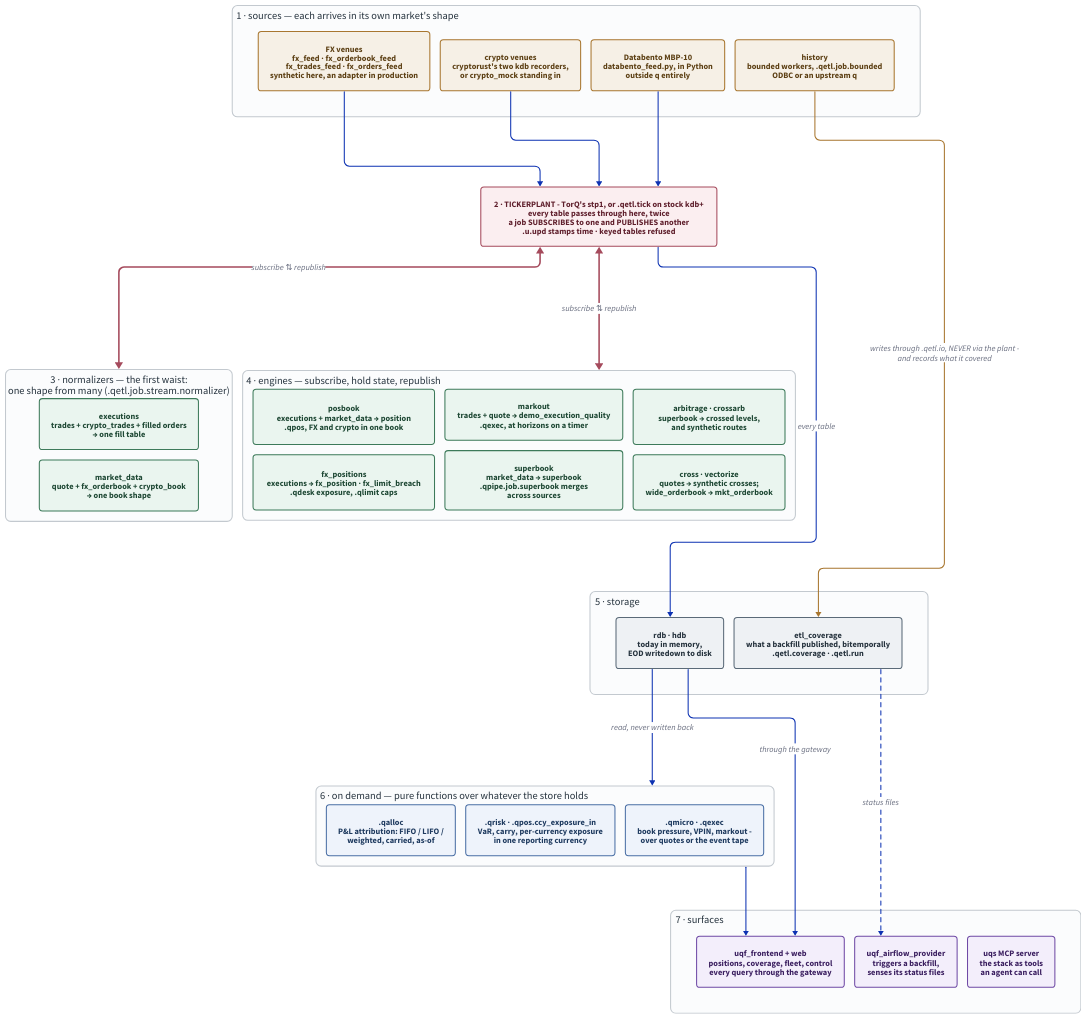
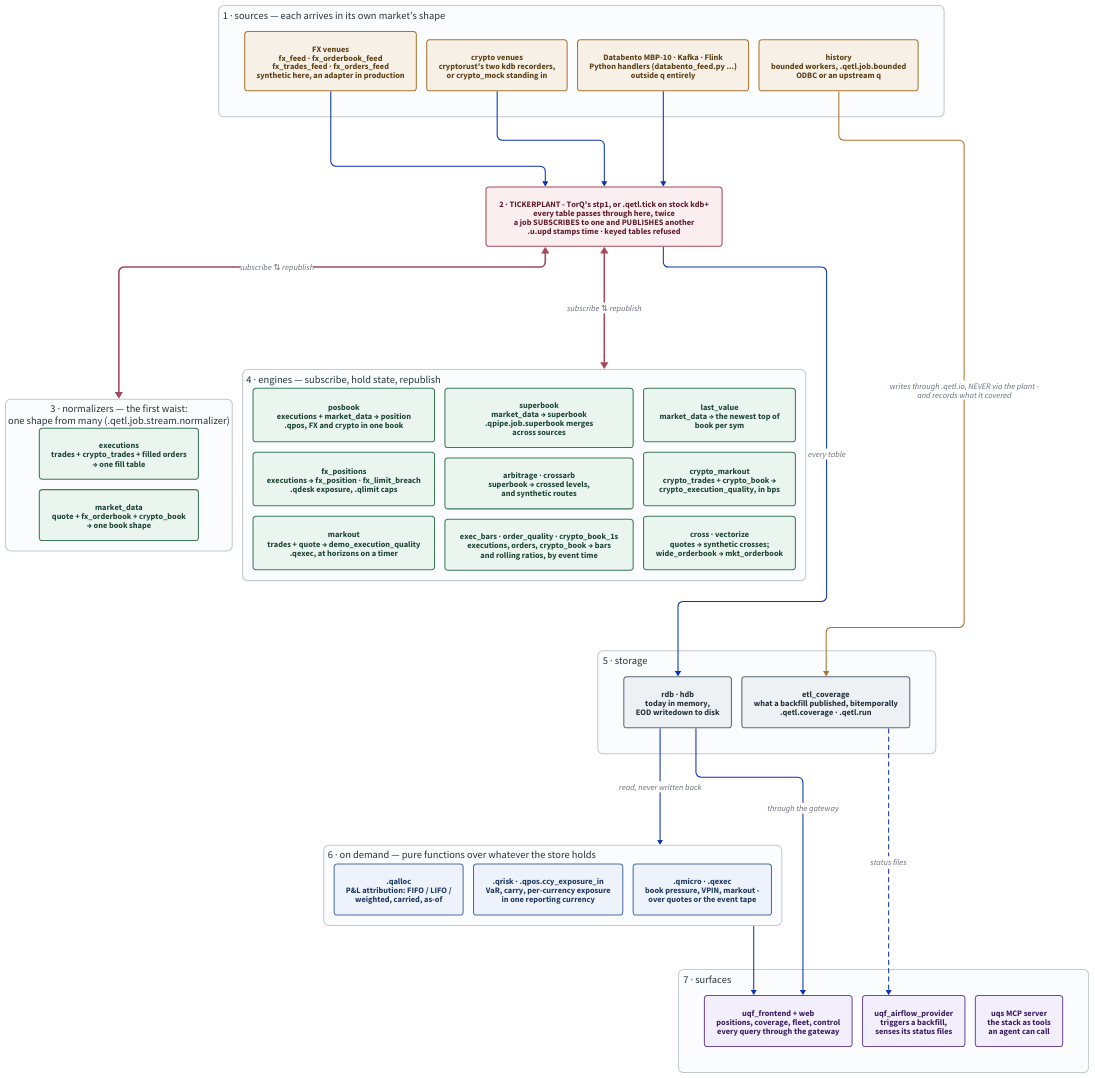
Before and after one commit to kwojdalski/uqf: the diagram in docs/diagrams/pipeline-architecture-example.d2, drawn with D2. The commit also changed 20 other files, not shown here.

First line of the commit message:
Docs: bring the d2 diagrams up to date with the 2026-10-12/13 merges (#1257)

```diff
--- a/docs/diagrams/pipeline-architecture-example.d2
+++ b/docs/diagrams/pipeline-architecture-example.d2
@@ -121,7 +121,7 @@
 
   fx: "FX venues\nfx_feed · fx_orderbook_feed\nfx_trades_feed · fx_orders_feed\nsynthetic here, an adapter in production" { class: source }
   crypto: "crypto venues\ncryptorust's two kdb recorders,\nor crypto_mock standing in" { class: source }
-  databento: "Databento MBP-10\ndatabento_feed.py, in Python\noutside q entirely" { class: source }
+  external: "Databento MBP-10 · Kafka · Flink\nPython handlers (databento_feed.py ...)\noutside q entirely" { class: source }
   history: "history\nbounded workers, .qetl.job.bounded\nODBC or an upstream q" { class: source }
 }
 
@@ -146,6 +146,9 @@
   markout: "markout\ntrades + quote → demo_execution_quality\n.qexec, at horizons on a timer" { class: job }
   superbook: "superbook\nmarket_data → superbook\n.qpipe.job.superbook merges\nacross sources" { class: job }
   arb: "arbitrage · crossarb\nsuperbook → crossed levels,\nand synthetic routes" { class: job }
+  windows: "exec_bars · order_quality · crypto_book_1s\nexecutions, orders, crypto_book → bars\nand rolling ratios, by event time" { class: job }
+  lastvalue: "last_value\nmarket_data → the newest top of\nbook per sym" { class: job }
+  cryptomark: "crypto_markout\ncrypto_trades + crypto_book →\ncrypto_execution_quality, in bps" { class: job }
   reshape: "cross · vectorize\nquotes → synthetic crosses;\nwide_orderbook → mkt_orderbook" { class: job }
 }
 
@@ -177,7 +180,7 @@
 # --- sources reach the plant, except the one that deliberately does not ---
 sources.fx -> plant
 sources.crypto -> plant
-sources.databento -> plant
+sources.external -> plant
 sources.history -> store.ledger: "writes through .qetl.io, NEVER via the plant -\nand records what it covered" {
   style.stroke: "#a8762f"
   style.stroke-width: 2
```
